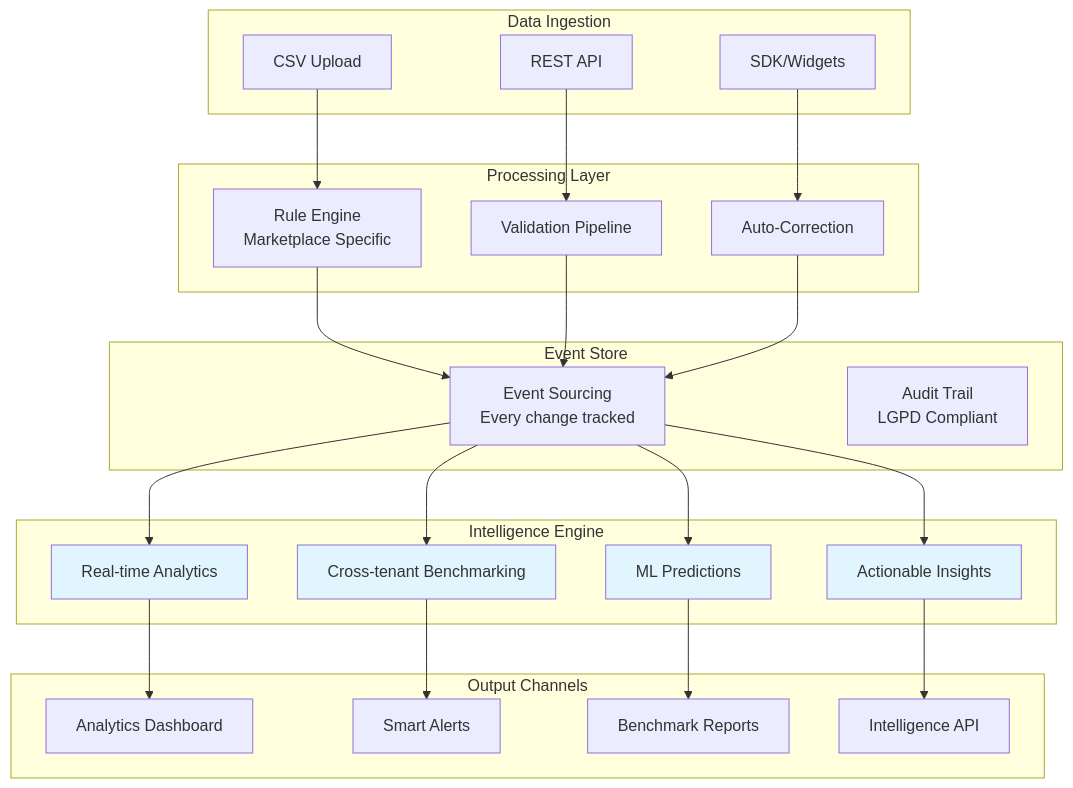
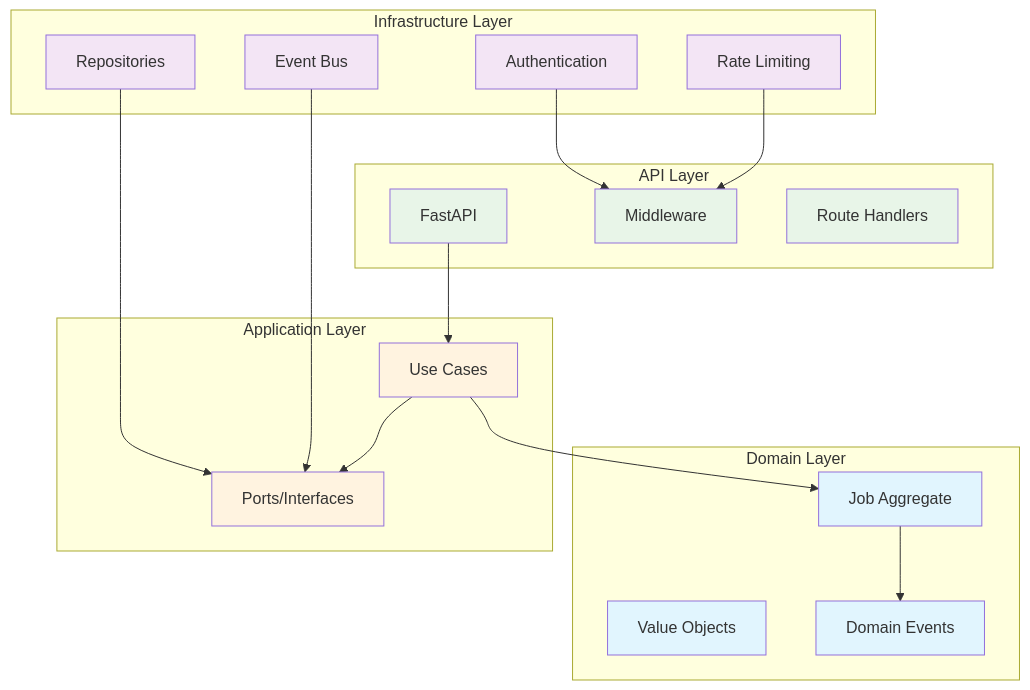
Before and after one commit to drapala/validahub-alpha: the diagram in README.md, drawn with Mermaid. The commit also changed other lines of this file and 15 other files, not shown here.

First line of the commit message:
feat(domain): implement domain events pattern for clean architecture

````diff
--- a/README.md
+++ b/README.md
@@ -30,54 +30,46 @@
 ```mermaid
 graph TB
-    subgraph "Data Ingestion"
-        CSV[CSV Upload]
-        API[REST API]
-        SDK[SDK/Widgets]
+    subgraph "Domain Layer"
+        JOB[Job Aggregate]
+        VO[Value Objects]
+        EVENTS[Domain Events]
     end
     
-    subgraph "Processing Layer"
-        RULES[Rule Engine<br/>Marketplace Specific]
-        VALIDATE[Validation Pipeline]
-        CORRECT[Auto-Correction]
+    subgraph "Application Layer"
+        UC[Use Cases]
+        PORTS[Ports/Interfaces]
     end
     
-    subgraph "Event Store"
-        EVENTS[Event Sourcing<br/>Every change tracked]
-        AUDIT[Audit Trail<br/>LGPD Compliant]
+    subgraph "Infrastructure Layer"
+        REPO[Repositories]
+        EVENTBUS[Event Bus]
+        AUTH[Authentication]
+        RATE[Rate Limiting]
     end
     
-    subgraph "Intelligence Engine"
-        ANALYTICS[Real-time Analytics]
-        BENCHMARK[Cross-tenant Benchmarking]
-        PREDICT[ML Predictions]
-        INSIGHTS[Actionable Insights]
+    subgraph "API Layer"
+        FASTAPI[FastAPI]
+        MIDDLEWARE[Middleware]
+        HANDLERS[Route Handlers]
     end
     
-    subgraph "Output Channels"
-        DASHBOARD[Analytics Dashboard]
-        ALERTS[Smart Alerts]
-        REPORTS[Benchmark Reports]
-        APIOUT[Intelligence API]
-    end
+    FASTAPI --> UC
+    UC --> PORTS
+    REPO --> PORTS
+    EVENTBUS --> PORTS
+    AUTH --> MIDDLEWARE
+    RATE --> MIDDLEWARE
     
-    CSV --> RULES
-    API --> VALIDATE
-    SDK --> CORRECT
+    UC --> JOB
+    JOB --> EVENTS
     
-    RULES --> EVENTS
-    VALIDATE --> EVENTS
-    CORRECT --> EVENTS
+    classDef domain fill:#e1f5fe
+    classDef application fill:#fff3e0
+    classDef infrastructure fill:#f3e5f5
+    classDef api fill:#e8f5e8
     
-    EVENTS --> ANALYTICS
-    EVENTS --> BENCHMARK
-    EVENTS --> PREDICT
-    EVENTS --> INSIGHTS
-    
-    ANALYTICS --> DASHBOARD
-    BENCHMARK --> ALERTS
-    PREDICT --> REPORTS
-    INSIGHTS --> APIOUT
-    
-    classDef intelligence fill:#e1f5fe
-    class ANALYTICS,BENCHMARK,PREDICT,INSIGHTS intelligence
+    class JOB,VO,EVENTS domain
+    class UC,PORTS application
+    class REPO,EVENTBUS,AUTH,RATE infrastructure
+    class FASTAPI,MIDDLEWARE,HANDLERS api
 ```
````
